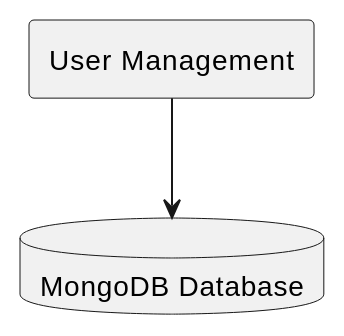
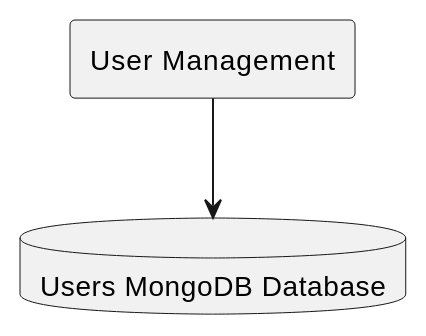
One commit to UO289930/wiq_en3a changed the third of 4 diagrams in docs/src/05_building_block_view.adoc. Above: the diagram before and after it, drawn with PlantUML. The commit also changed other lines of this file, not shown here.

```diff
--- a/docs/src/05_building_block_view.adoc
+++ b/docs/src/05_building_block_view.adoc
@@ -317,14 +317,15 @@
 [plantuml, format="png"]
 ----
 @startuml
 ' Define custom style for components
 skinparam componentStyle uml2
 
 ' Define components as rectangles without default stereotypes
 rectangle "User Management" as UserManagement
-database "MongoDB Database" as MongoDB
+database "Users MongoDB Database" as MongoDB
 
 ' Define connections
 UserManagement --> MongoDB
+
 @enduml
 ----
```
